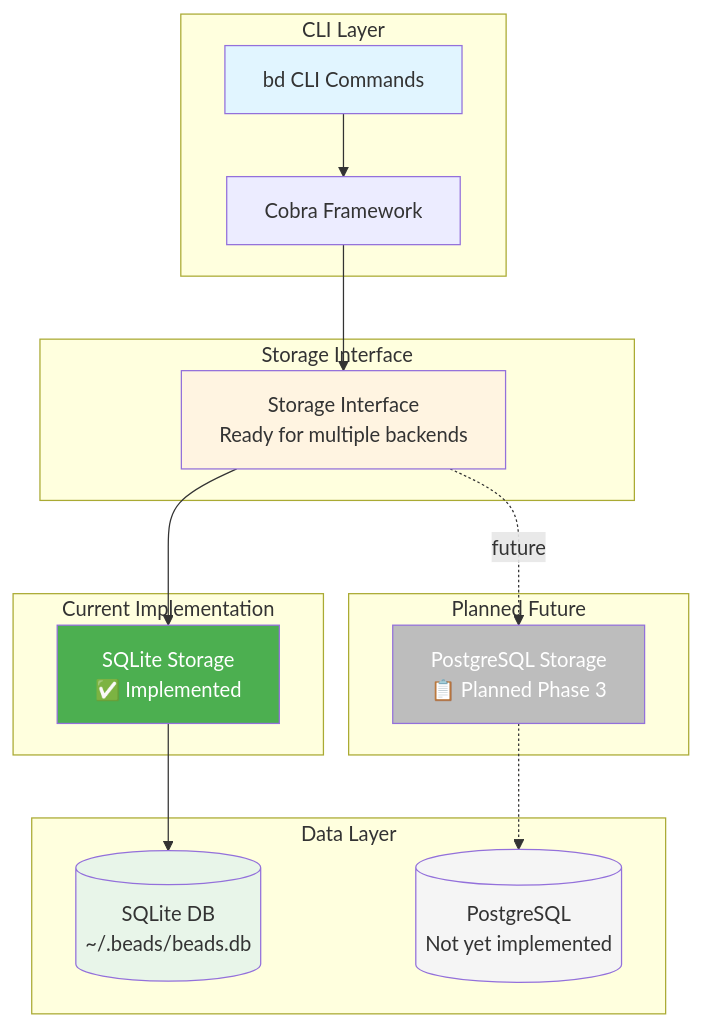
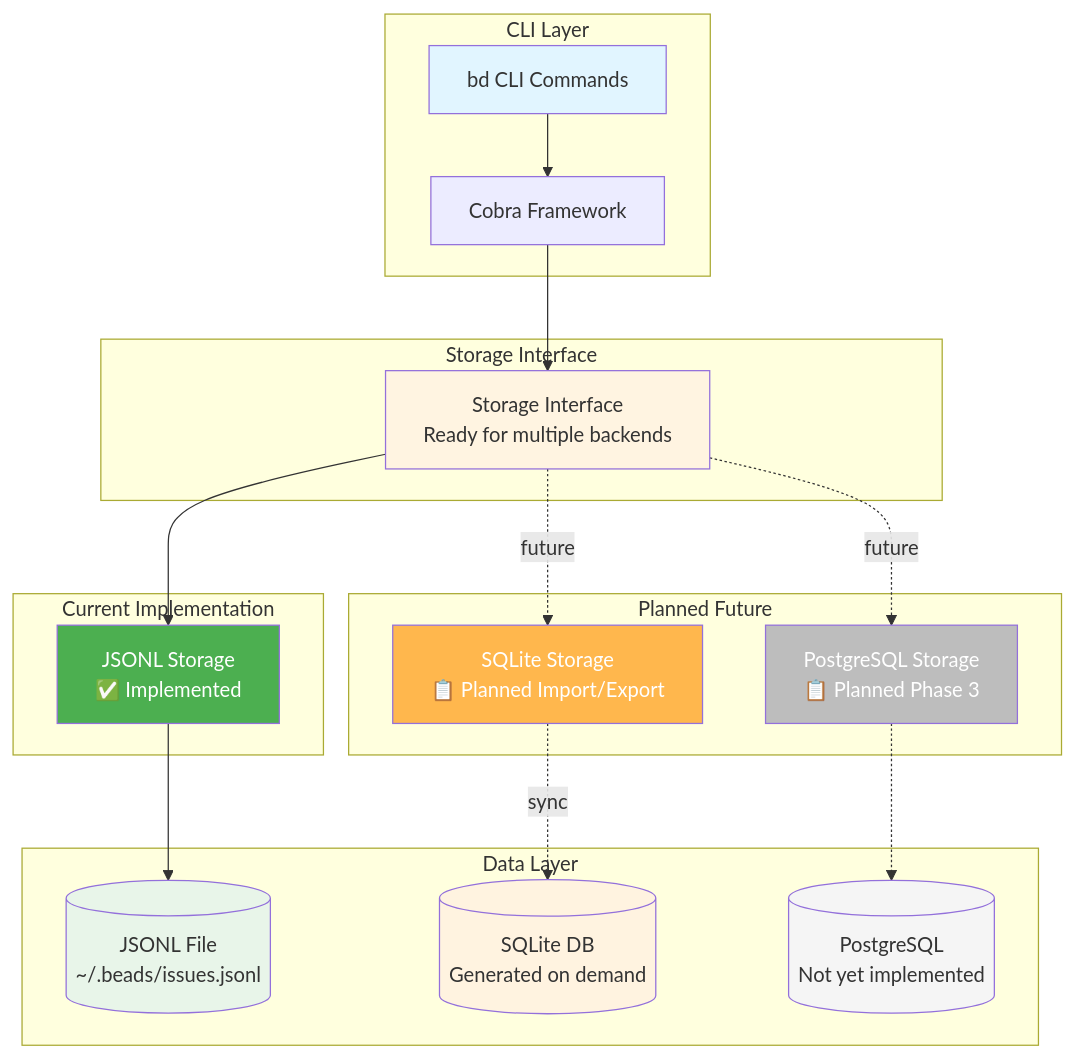
Before and after one commit to ai-tools-all/beadify: the first of 6 diagrams in docs/work/2025-10-30-design.md, drawn with Mermaid. The commit also changed other lines of this file, not shown here.

````diff
--- a/docs/work/2025-10-30-design.md
+++ b/docs/work/2025-10-30-design.md
@@ -22,38 +22,44 @@
 ```mermaid
 graph TB
     subgraph "CLI Layer"
         CLI[bd CLI Commands]
         Cobra[Cobra Framework]
     end
 
     subgraph "Storage Interface"
         Storage[Storage Interface<br/>Ready for multiple backends]
     end
 
     subgraph "Current Implementation"
-        SQLite[SQLite Storage<br/>✅ Implemented]
+        JSONL[JSONL Storage<br/>✅ Implemented]
     end
 
     subgraph "Planned Future"
+        SQLite[SQLite Storage<br/>📋 Planned Import/Export]
         Postgres[PostgreSQL Storage<br/>📋 Planned Phase 3]
     end
 
     subgraph "Data Layer"
-        DB1[(SQLite DB<br/>~/.beads/beads.db)]
-        DB2[(PostgreSQL<br/>Not yet implemented)]
+        File[(JSONL File<br/>~/.beads/issues.jsonl)]
+        DB2[(SQLite DB<br/>Generated on demand)]
+        DB3[(PostgreSQL<br/>Not yet implemented)]
     end
 
     CLI --> Cobra
     Cobra --> Storage
-    Storage --> SQLite
+    Storage --> JSONL
+    Storage -.future.-> SQLite
     Storage -.future.-> Postgres
-    SQLite --> DB1
-    Postgres -.-> DB2
+    JSONL --> File
+    SQLite -.sync.-> DB2
+    Postgres -.-> DB3
 
     style CLI fill:#e1f5ff
     style Storage fill:#fff4e1
-    style SQLite fill:#4caf50,color:#fff
+    style JSONL fill:#4caf50,color:#fff
+    style SQLite fill:#ffb74d,color:#fff
     style Postgres fill:#bdbdbd,color:#fff
-    style DB1 fill:#e8f5e9
-    style DB2 fill:#f5f5f5
+    style File fill:#e8f5e9
+    style DB2 fill:#fff3e0
+    style DB3 fill:#f5f5f5
 ```
````
